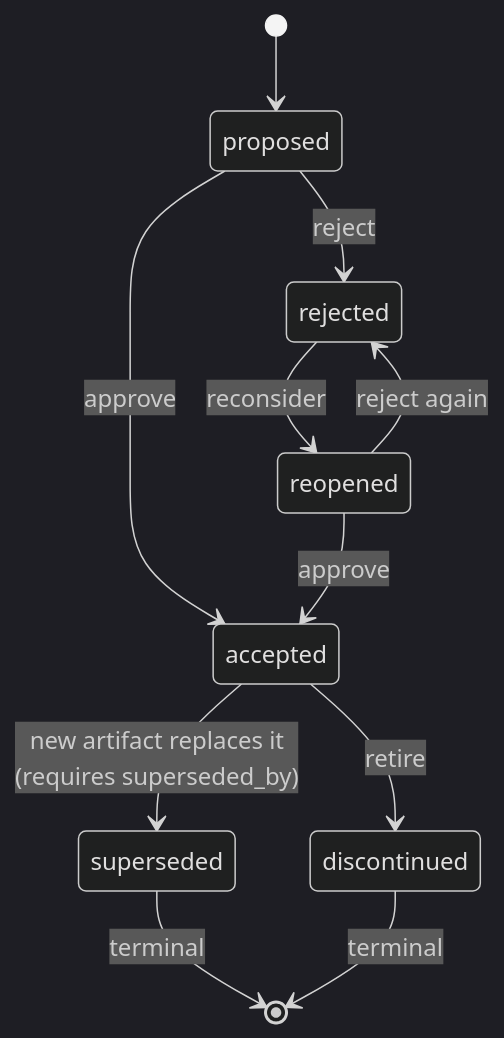
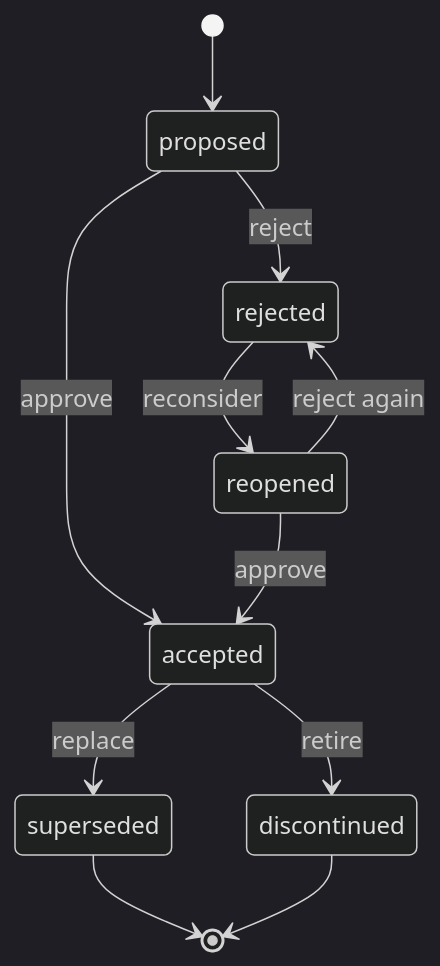
One commit to sophie-pyxis/adr_hub changed diagram 11 of 15 in README.md. Above: the diagram before and after it, drawn with Mermaid (dark theme). The commit also changed other lines of this file, not shown here.

First line of the commit message:
Simplify architectural diagrams for enterprise readability

````diff
--- a/README.md
+++ b/README.md
@@ -222,18 +317,18 @@
 ```mermaid
 stateDiagram-v2
     [*] --> proposed
-
+    
     proposed --> accepted   : approve
     proposed --> rejected   : reject
-
-    accepted --> superseded  : new artifact replaces it<br/>(requires superseded_by)
+    
+    accepted --> superseded  : replace
     accepted --> discontinued : retire
-
+    
     rejected --> reopened   : reconsider
-
+    
     reopened --> accepted   : approve
     reopened --> rejected   : reject again
-
-    superseded  --> [*] : terminal
-    discontinued --> [*] : terminal
+    
+    superseded  --> [*]
+    discontinued --> [*]
 ```
````
